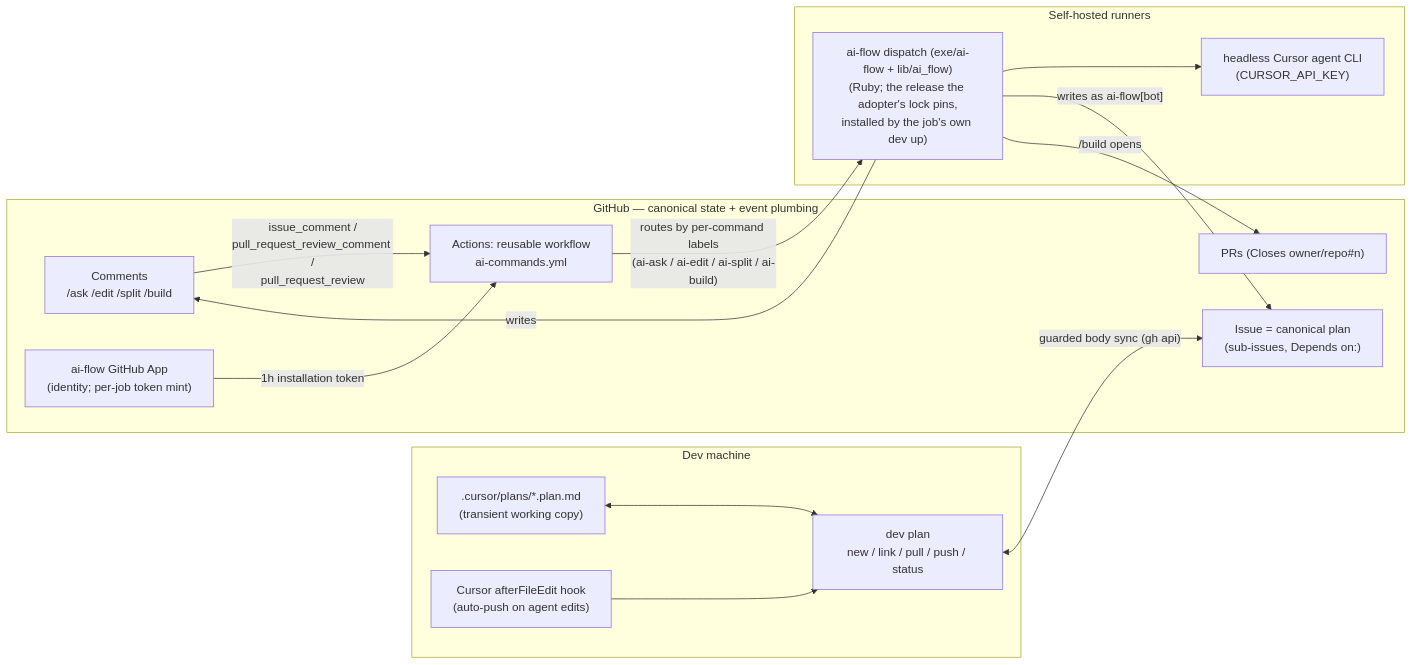
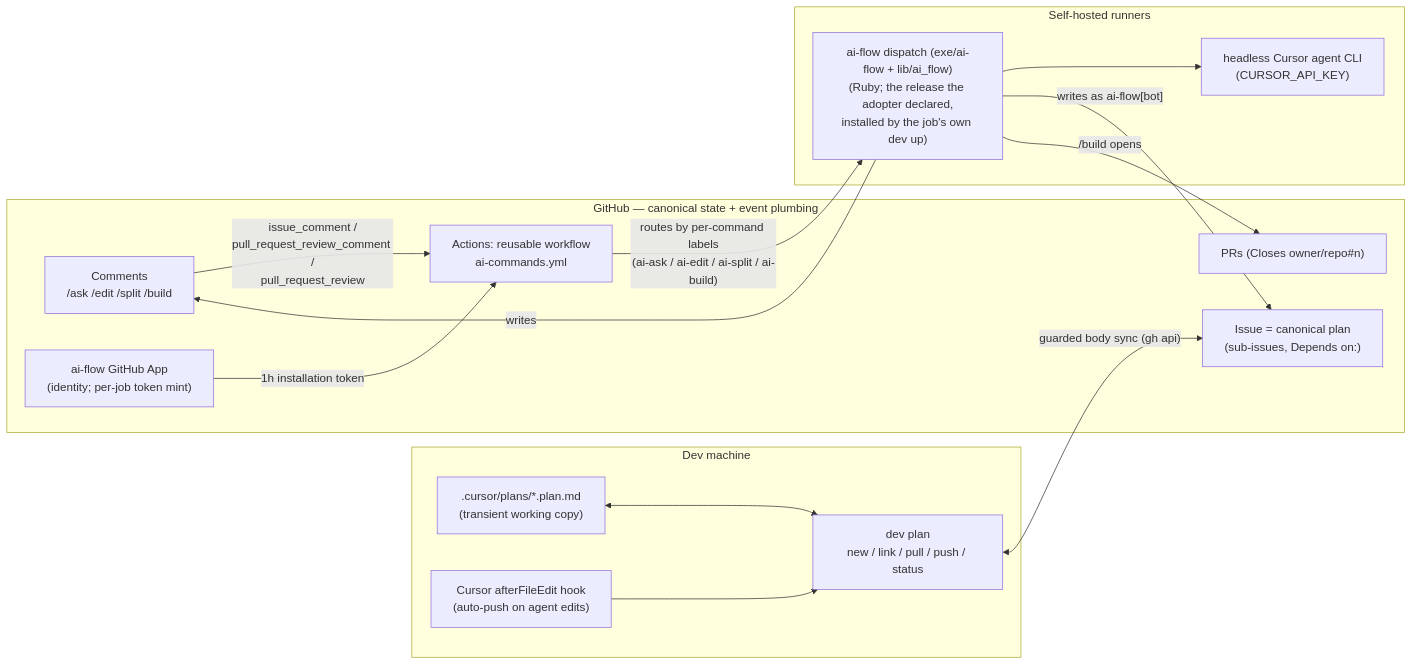
One commit to d3mlabs/ai-flow changed the first of 7 diagrams in docs/architecture.md. Above: the diagram before and after it, drawn with Mermaid. The commit also changed other lines of this file and 23 other files, not shown here.

First line of the commit message:
adopt wires the repo to the service; installing the dispatcher is the adopter's own declaration

````diff
--- a/docs/architecture.md
+++ b/docs/architecture.md
@@ -17,32 +17,32 @@
 ```mermaid
 flowchart LR
     subgraph localZone [Dev machine]
         planFile[".cursor/plans/*.plan.md<br/>(transient working copy)"]
         devPlan["dev plan<br/>new / link / pull / push / status"]
         hook["Cursor afterFileEdit hook<br/>(auto-push on agent edits)"]
     end
 
     subgraph githubZone [GitHub — canonical state + event plumbing]
         issue["Issue = canonical plan<br/>(sub-issues, Depends on:)"]
         comments["Comments<br/>/ask /edit /split /build"]
         pr["PRs (Closes owner/repo#n)"]
         actions["Actions: reusable workflow<br/>ai-commands.yml"]
         app["ai-flow GitHub App<br/>(identity; per-job token mint)"]
     end
 
     subgraph runnerZone [Self-hosted runners]
-        dispatcher["ai-flow dispatch (exe/ai-flow + lib/ai_flow)<br/>(Ruby; the release the adopter's lock pins,<br/>installed by the job's own dev up)"]
+        dispatcher["ai-flow dispatch (exe/ai-flow + lib/ai_flow)<br/>(Ruby; the release the adopter declared,<br/>installed by the job's own dev up)"]
         agentCli["headless Cursor agent CLI<br/>(CURSOR_API_KEY)"]
     end
 
     planFile <--> devPlan
     hook --> devPlan
     devPlan <-->|"guarded body sync (gh api)"| issue
     comments -->|"issue_comment /<br/>pull_request_review_comment /<br/>pull_request_review"| actions
     actions -->|"routes by per-command labels<br/>(ai-ask / ai-edit / ai-split / ai-build)"| dispatcher
     app -->|"1h installation token"| actions
     dispatcher --> agentCli
     dispatcher -->|"writes as ai-flow[bot]"| issue
     dispatcher -->|writes| comments
     dispatcher -->|"/build opens"| pr
 ```
````
